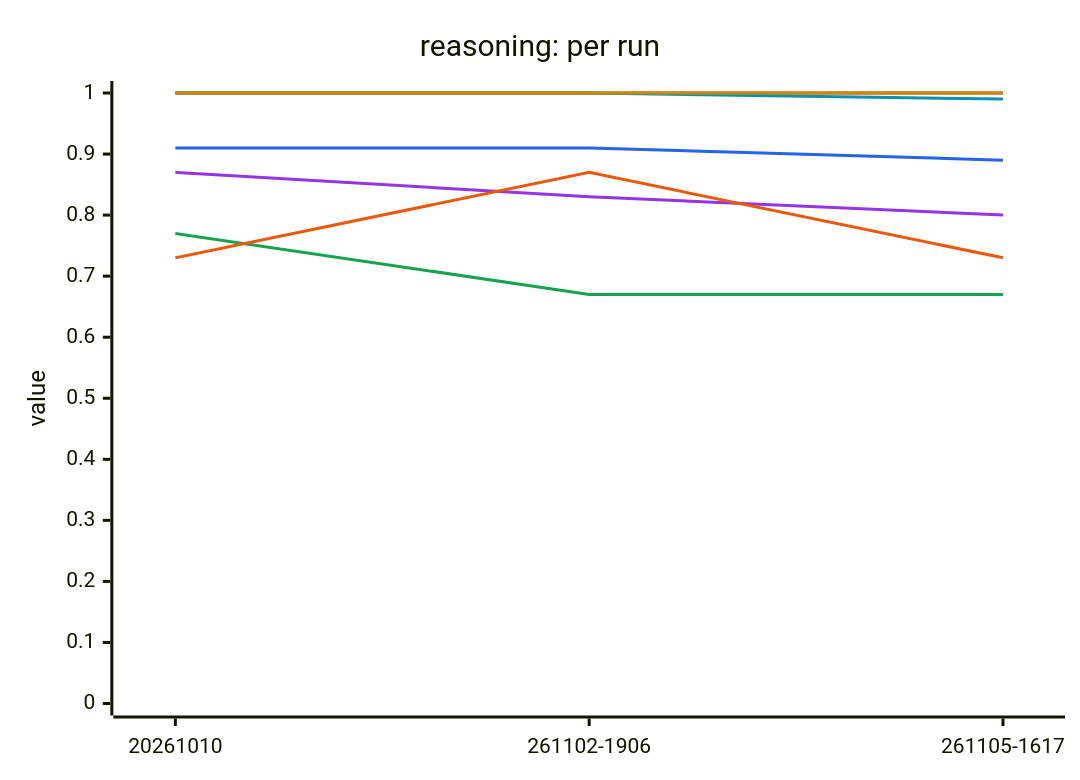
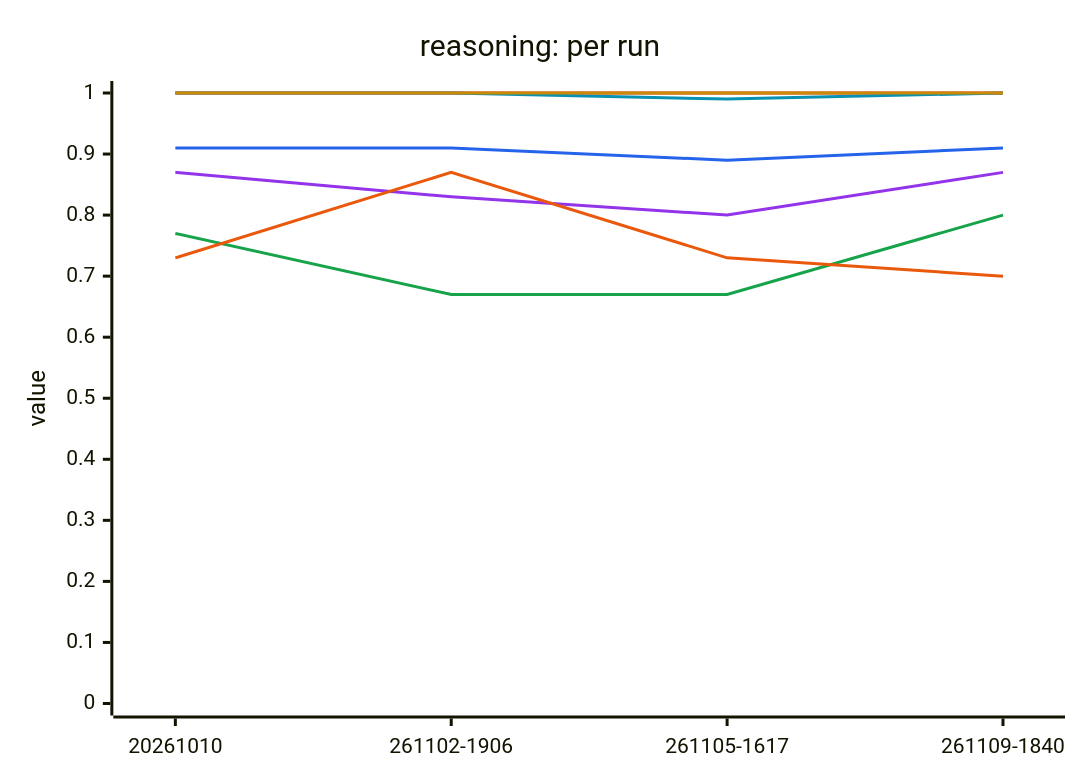
One commit to megagonlabs/blue-data-user-source changed the first of 2 diagrams in lib/tests/benchmarks/reasoning/results/README.md. Above: the diagram before and after it, drawn with Mermaid. The commit also changed other lines of this file and 5 other files, not shown here.

````diff
--- a/lib/tests/benchmarks/reasoning/results/README.md
+++ b/lib/tests/benchmarks/reasoning/results/README.md
@@ -34,14 +34,14 @@
 ```mermaid
 %%{init: {"themeVariables": {"xyChart": {"plotColorPalette": "#2563eb, #16a34a, #dc2626, #9333ea, #ea580c, #0891b2, #ca8a04"}}}}%%
 xychart-beta
     title "reasoning: per run"
-    x-axis ["20261010", "261102-1906", "261105-1617"]
+    x-axis ["20261010", "261102-1906", "261105-1617", "261109-1840"]
     y-axis "value" 0 --> 1
-    line [0.91, 0.91, 0.89]
-    line [0.77, 0.67, 0.67]
-    line [1.00, 1.00, 1.00]
-    line [0.87, 0.83, 0.80]
-    line [0.73, 0.87, 0.73]
-    line [1.00, 1.00, 0.99]
-    line [1.00, 1.00, 1.00]
+    line [0.91, 0.91, 0.89, 0.91]
+    line [0.77, 0.67, 0.67, 0.80]
+    line [1.00, 1.00, 1.00, 1.00]
+    line [0.87, 0.83, 0.80, 0.87]
+    line [0.73, 0.87, 0.73, 0.70]
+    line [1.00, 1.00, 0.99, 1.00]
+    line [1.00, 1.00, 1.00, 1.00]
 ```
````
